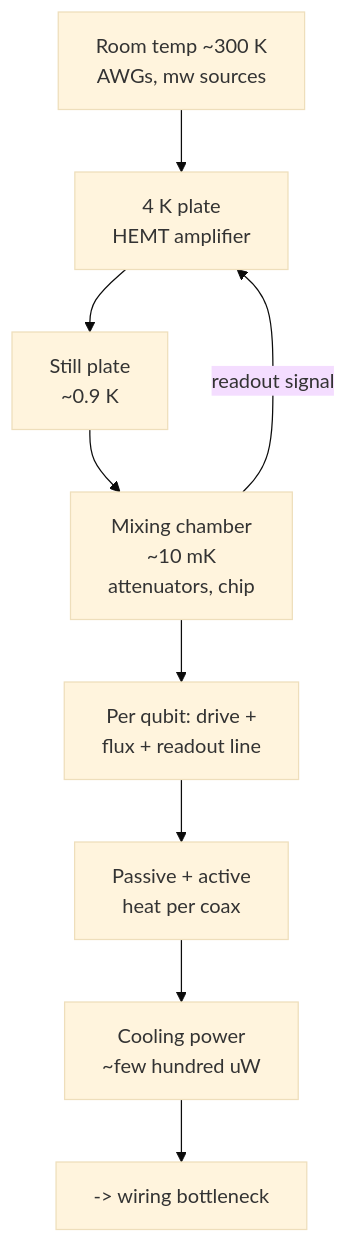
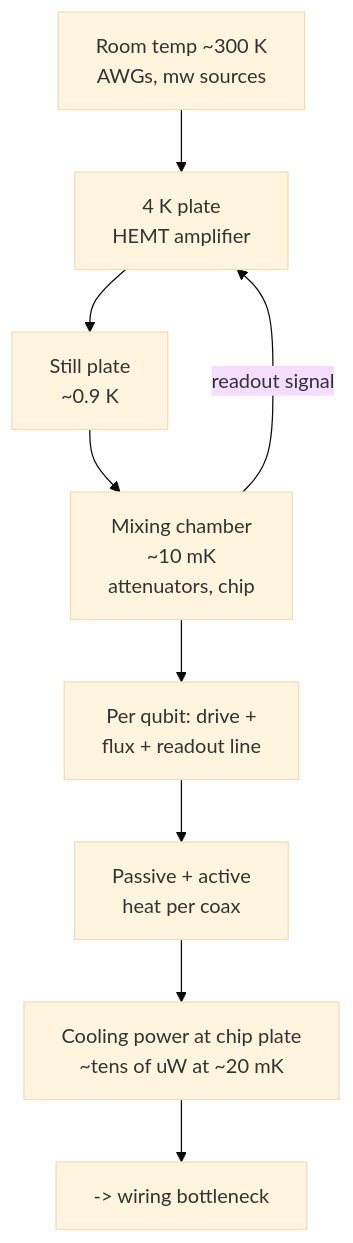
The second of 2 diagrams in tutorial/01-introduction.md (Iamsohungrynow/superconducting-qubits-journey), drawn with Mermaid (base theme) before and after one commit. The commit also changed other lines of this file and 35 other files, not shown here.

````diff
--- a/tutorial/01-introduction.md
+++ b/tutorial/01-introduction.md
@@ -159,11 +163,11 @@
 ```mermaid
 flowchart TD
   RT["Room temp ~300 K<br/>AWGs, mw sources"] --> A["4 K plate<br/>HEMT amplifier"]
   A --> B["Still plate<br/>~0.9 K"]
   B --> C["Mixing chamber<br/>~10 mK<br/>attenuators, chip"]
   C -->|"readout signal"| A
   C --> N1["Per qubit: drive +<br/>flux + readout line"]
   N1 --> N2["Passive + active<br/>heat per coax"]
-  N2 --> N3["Cooling power<br/>~few hundred uW"]
+  N2 --> N3["Cooling power at chip plate<br/>~tens of uW at ~20 mK"]
   N3 --> N4["-> wiring bottleneck"]
 ```
````
